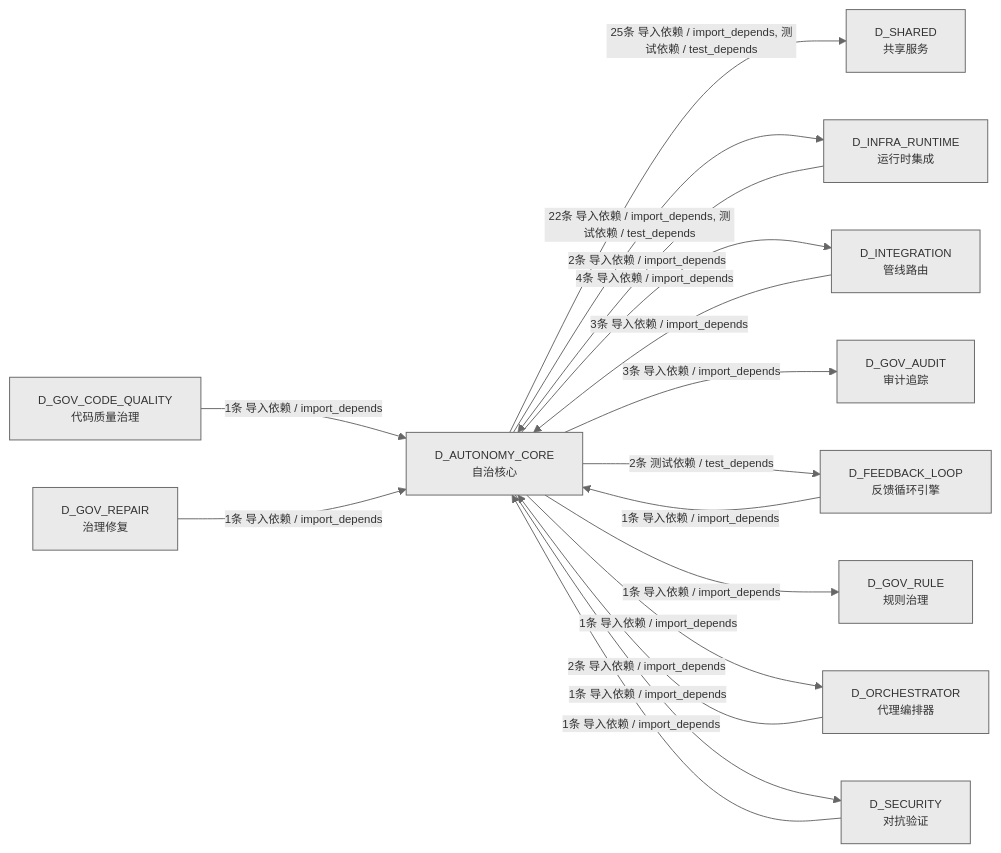
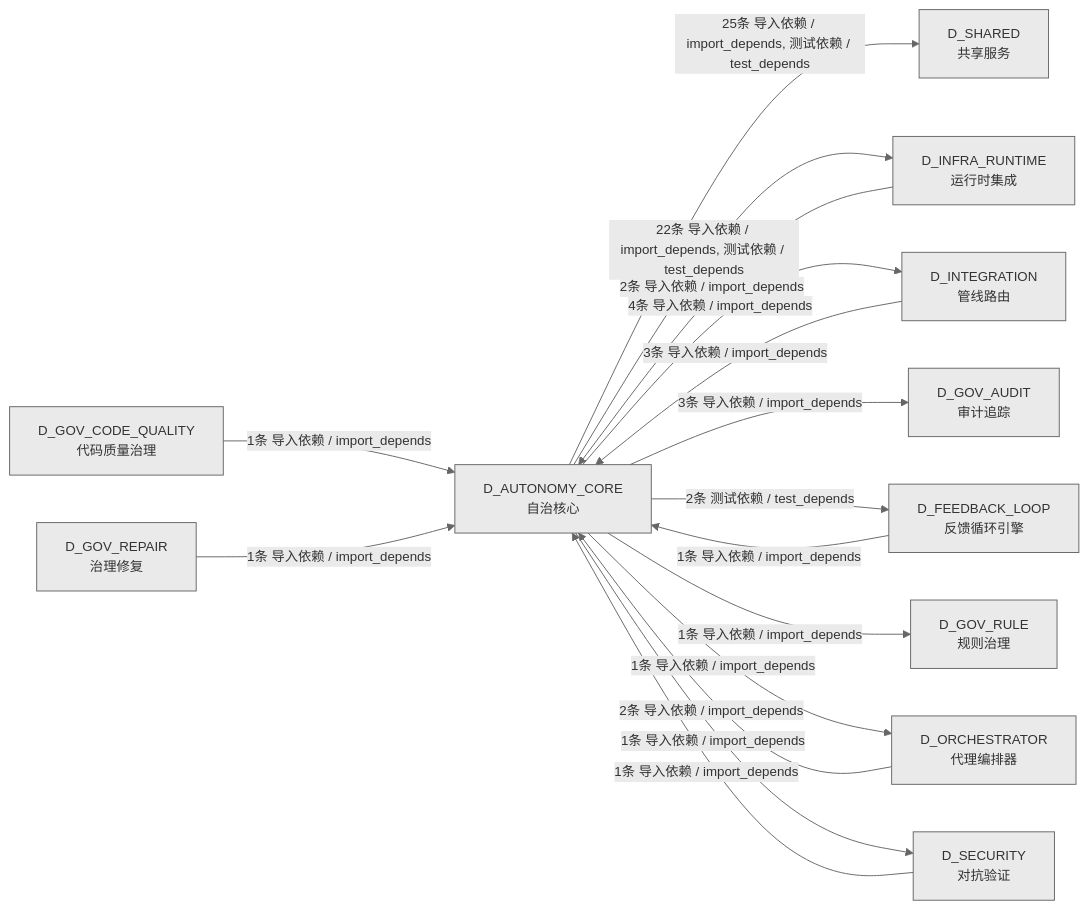
The third of 3 diagrams in docs/02_enterprise_architecture/02_domain_architecture_docs/10_d_autonomy_core.md (xuanFelixVan/ZephyrAlpha), drawn with Mermaid before and after one commit. The commit also changed other lines of this file and 61 other files, not shown here.

````diff
--- a/docs/02_enterprise_architecture/02_domain_architecture_docs/10_d_autonomy_core.md
+++ b/docs/02_enterprise_architecture/02_domain_architecture_docs/10_d_autonomy_core.md
@@ -802,30 +802,30 @@
 ```mermaid
-%%{init: {'theme': 'base', 'themeVariables': {'primaryColor': '#eaeaea', 'primaryTextColor': '#333333', 'primaryBorderColor': '#666666', 'lineColor': '#666666', 'secondaryColor': '#eaeaea', 'tertiaryColor': '#eaeaea', 'fontSize': '12px'}}}%%
+%%{init: {'theme': 'base', 'themeVariables': {'primaryColor': '#eaeaea', 'primaryTextColor': '#333333', 'primaryBorderColor': '#666666', 'lineColor': '#666666', 'secondaryColor': '#eaeaea', 'tertiaryColor': '#eaeaea', 'fontSize': '14px'}}}%%
 graph LR
     D_AUTONOMY_CORE["D_AUTONOMY_CORE<br/>自治核心"]
     D_SHARED["D_SHARED<br/>共享服务"]
     D_INFRA_RUNTIME["D_INFRA_RUNTIME<br/>运行时集成"]
     D_INTEGRATION["D_INTEGRATION<br/>管线路由"]
     D_GOV_AUDIT["D_GOV_AUDIT<br/>审计追踪"]
     D_FEEDBACK_LOOP["D_FEEDBACK_LOOP<br/>反馈循环引擎"]
     D_GOV_RULE["D_GOV_RULE<br/>规则治理"]
     D_ORCHESTRATOR["D_ORCHESTRATOR<br/>代理编排器"]
     D_SECURITY["D_SECURITY<br/>对抗验证"]
     D_GOV_CODE_QUALITY["D_GOV_CODE_QUALITY<br/>代码质量治理"]
     D_GOV_REPAIR["D_GOV_REPAIR<br/>治理修复"]
     D_AUTONOMY_CORE -->|25条 导入依赖 / import_depends, 测试依赖 / test_depends| D_SHARED
     D_AUTONOMY_CORE -->|22条 导入依赖 / import_depends, 测试依赖 / test_depends| D_INFRA_RUNTIME
     D_AUTONOMY_CORE -->|4条 导入依赖 / import_depends| D_INTEGRATION
     D_AUTONOMY_CORE -->|3条 导入依赖 / import_depends| D_GOV_AUDIT
     D_AUTONOMY_CORE -->|2条 测试依赖 / test_depends| D_FEEDBACK_LOOP
     D_AUTONOMY_CORE -->|1条 导入依赖 / import_depends| D_GOV_RULE
     D_AUTONOMY_CORE -->|1条 导入依赖 / import_depends| D_ORCHESTRATOR
     D_AUTONOMY_CORE -->|1条 导入依赖 / import_depends| D_SECURITY
     D_INTEGRATION -->|3条 导入依赖 / import_depends| D_AUTONOMY_CORE
     D_INFRA_RUNTIME -->|2条 导入依赖 / import_depends| D_AUTONOMY_CORE
     D_ORCHESTRATOR -->|2条 导入依赖 / import_depends| D_AUTONOMY_CORE
     D_FEEDBACK_LOOP -->|1条 导入依赖 / import_depends| D_AUTONOMY_CORE
     D_GOV_CODE_QUALITY -->|1条 导入依赖 / import_depends| D_AUTONOMY_CORE
     D_SECURITY -->|1条 导入依赖 / import_depends| D_AUTONOMY_CORE
     D_GOV_REPAIR -->|1条 导入依赖 / import_depends| D_AUTONOMY_CORE
 ```
````
